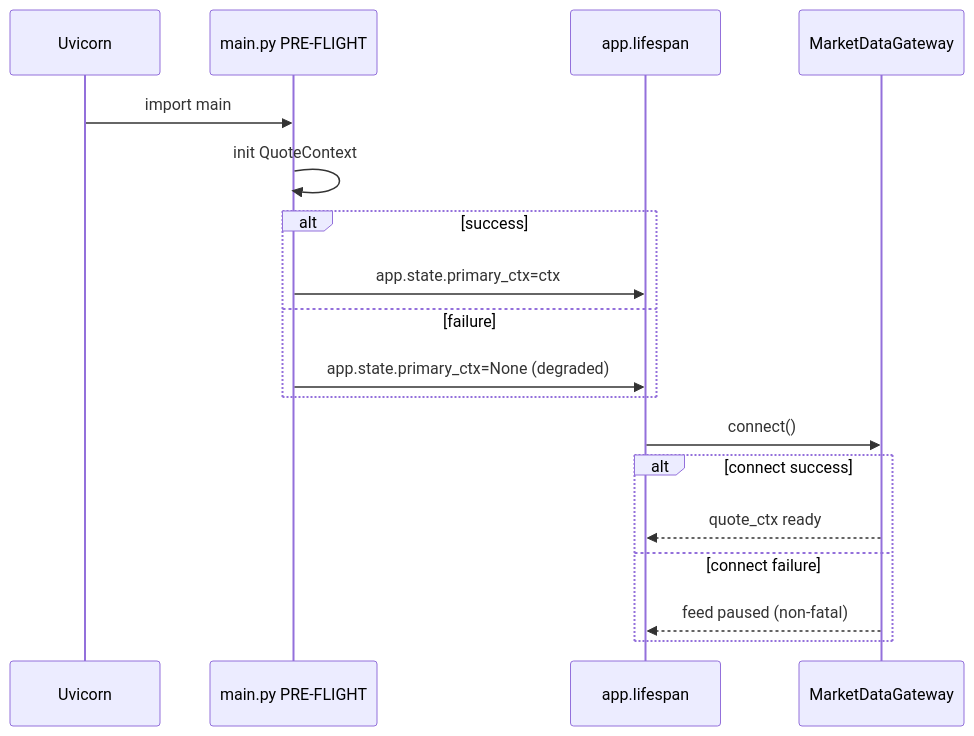
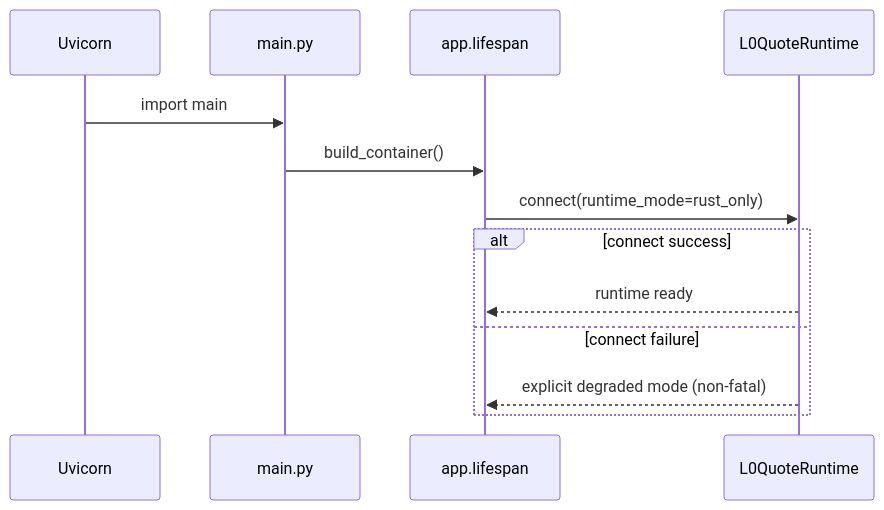
Before and after one commit to Skioleeya/option_trading: the second of 2 diagrams in docs/SOP/SYSTEM_OVERVIEW.md, drawn with Mermaid. The commit also changed other lines of this file and 54 other files, not shown here.

Commit message:
feat: cut over rust-only runtime and harden L0-L4 pipeline

````diff
--- a/docs/SOP/SYSTEM_OVERVIEW.md
+++ b/docs/SOP/SYSTEM_OVERVIEW.md
@@ -126,22 +126,16 @@
 ```mermaid
 sequenceDiagram
   participant U as Uvicorn
-  participant M as main.py PRE-FLIGHT
+  participant M as main.py
   participant A as app.lifespan
-  participant G as MarketDataGateway
+  participant G as L0QuoteRuntime
 
   U->>M: import main
-  M->>M: init QuoteContext
-  alt success
-    M->>A: app.state.primary_ctx=ctx
-  else failure
-    M->>A: app.state.primary_ctx=None (degraded)
-  end
-
-  A->>G: connect()
+  M->>A: build_container()
+  A->>G: connect(runtime_mode=rust_only)
   alt connect success
-    G-->>A: quote_ctx ready
+    G-->>A: runtime ready
   else connect failure
-    G-->>A: feed paused (non-fatal)
+    G-->>A: explicit degraded mode (non-fatal)
   end
 ```
````
